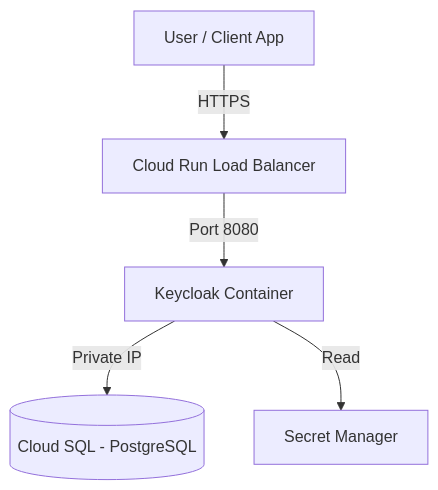
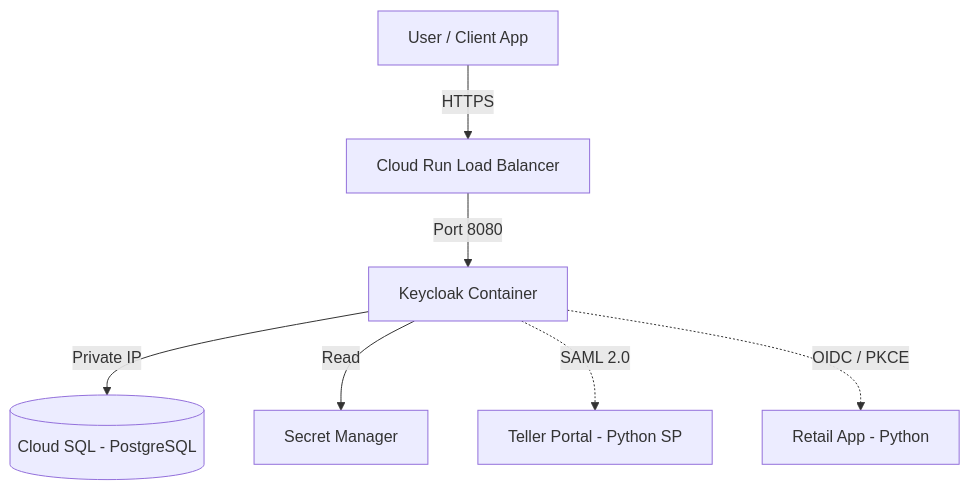
One commit to VladxDevops/MockBank changed the diagram in BNKprojects/1/ARCHITECTURE.md. Above: the diagram before and after it, drawn with Mermaid. The commit also changed other lines of this file and 13 other files, not shown here.

````diff
--- a/BNKprojects/1/ARCHITECTURE.md
+++ b/BNKprojects/1/ARCHITECTURE.md
@@ -7,7 +7,9 @@
 ```mermaid
 graph TD
     User[User / Client App] -->|HTTPS| LB[Cloud Run Load Balancer]
     LB -->|Port 8080| KC[Keycloak Container]
     KC -->|Private IP| SQL[(Cloud SQL - PostgreSQL)]
     KC -->|Read| SM[Secret Manager]
+    KC -.->|SAML 2.0| TP[Teller Portal - Python SP]
+    KC -.->|OIDC / PKCE| RA[Retail App - Python]
 ```
````
